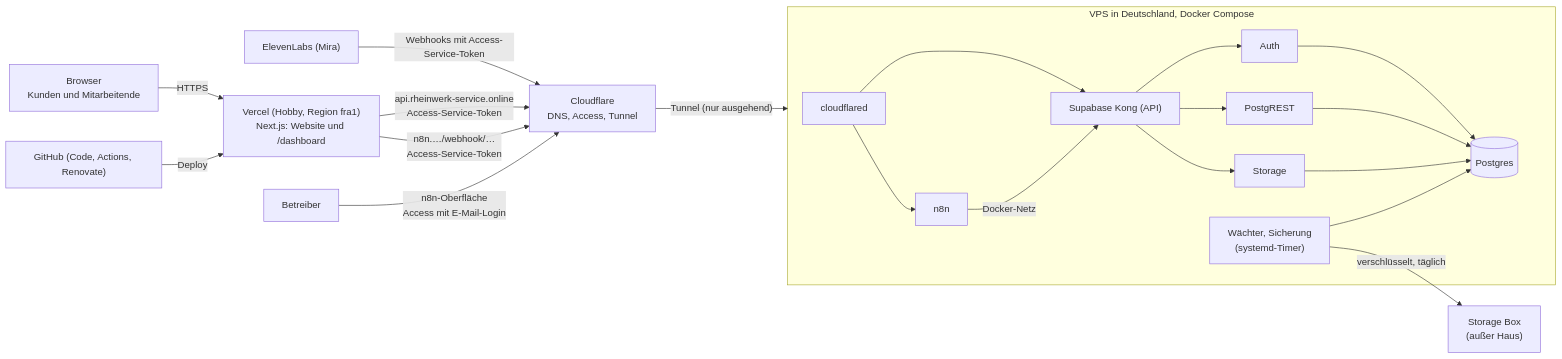
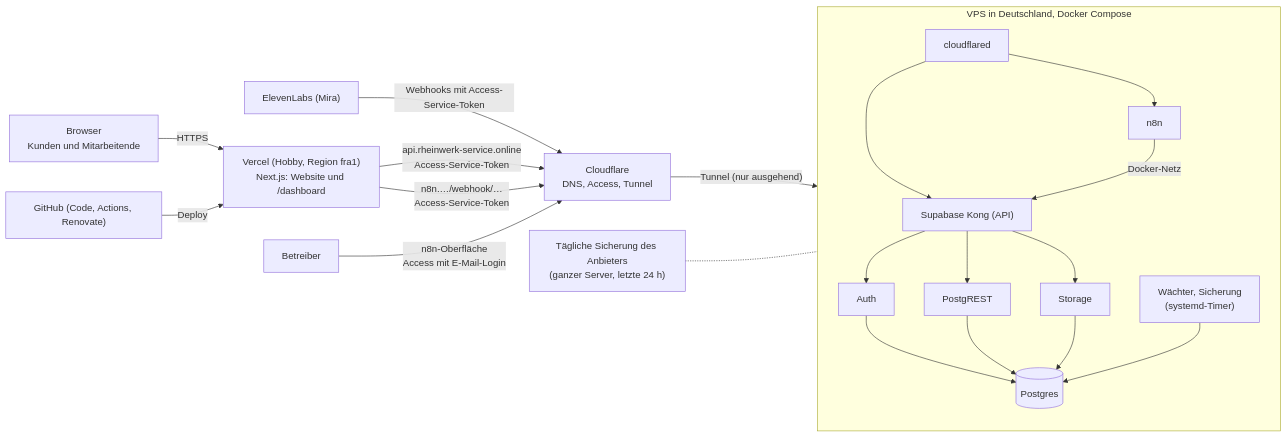
One commit to FuzzCube/RhenWerk-WebSite changed the second of 2 diagrams in docs/betrieb.md. Above: the diagram before and after it, drawn with Mermaid. The commit also changed other lines of this file and 10 other files, not shown here.

Commit message:
chore: Sicherung auf dem Rechner täglich um 09:00 statt 02:00 (Rechner schläft nachts); Server für Phase 18 OVHcloud VPS-2 ohne Kopie außer Haus (Sicherung des Anbieters), task-18-2 und task-18-6 angepasst

````diff
--- a/docs/betrieb.md
+++ b/docs/betrieb.md
@@ -98,19 +98,19 @@
 ```mermaid
 flowchart LR
   Browser["Browser<br/>Kunden und Mitarbeitende"] -->|HTTPS| Vercel["Vercel (Hobby, Region fra1)<br/>Next.js: Website und /dashboard"]
   Eleven["ElevenLabs (Mira)"] -->|Webhooks mit Access-Service-Token| CF
   Vercel -->|"api.rheinwerk-service.online<br/>Access-Service-Token"| CF["Cloudflare<br/>DNS, Access, Tunnel"]
   Vercel -->|"n8n.…/webhook/…<br/>Access-Service-Token"| CF
   Admin["Betreiber"] -->|"n8n-Oberfläche<br/>Access mit E-Mail-Login"| CF
   CF -->|"Tunnel (nur ausgehend)"| VPS
   subgraph VPS["VPS in Deutschland, Docker Compose"]
     cloudflared --> Kong["Supabase Kong (API)"]
     cloudflared --> N8N["n8n"]
     Kong --> Auth & Rest["PostgREST"] & Storage
     Auth & Rest & Storage --> PG[("Postgres")]
     N8N -->|Docker-Netz| Kong
     Ops["Wächter, Sicherung<br/>(systemd-Timer)"] --> PG
   end
-  Ops -->|"verschlüsselt, täglich"| Box["Storage Box<br/>(außer Haus)"]
+  Snap["Tägliche Sicherung des Anbieters<br/>(ganzer Server, letzte 24 h)"] -.- VPS
   GitHub["GitHub (Code, Actions, Renovate)"] -->|Deploy| Vercel
 ```
````
